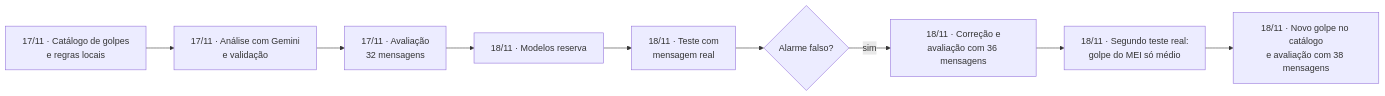
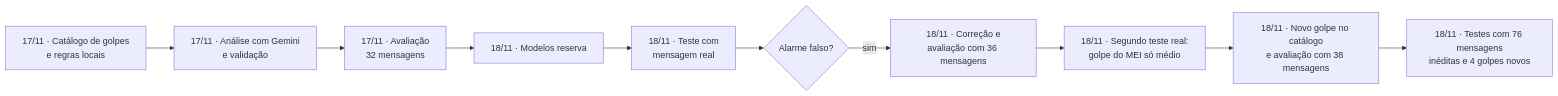
Before and after one commit to gustavohleao/alertagolpe: the first of 3 diagrams in docs/RELATORIO.md, drawn with Mermaid. The commit also changed other lines of this file and 16 other files, not shown here.

First line of the commit message:
AlertaGolpe: mensagens reais, 21 golpes e testes extras

````diff
--- a/docs/RELATORIO.md
+++ b/docs/RELATORIO.md
@@ -136,11 +140,12 @@
 ```mermaid
 flowchart LR
     A[17/11 · Catálogo de golpes<br/>e regras locais] --> B[17/11 · Análise com Gemini<br/>e validação]
     B --> C[17/11 · Avaliação<br/>32 mensagens]
     C --> D[18/11 · Modelos reserva]
     D --> E[18/11 · Teste com<br/>mensagem real]
     E --> F{Alarme falso?}
     F -->|sim| G[18/11 · Correção e<br/>avaliação com 36 mensagens]
     G --> H[18/11 · Segundo teste real:<br/>golpe do MEI só médio]
     H --> I[18/11 · Novo golpe no catálogo<br/>e avaliação com 38 mensagens]
+    I --> J[18/11 · Testes com 76 mensagens<br/>inéditas e 4 golpes novos]
 ```
````
